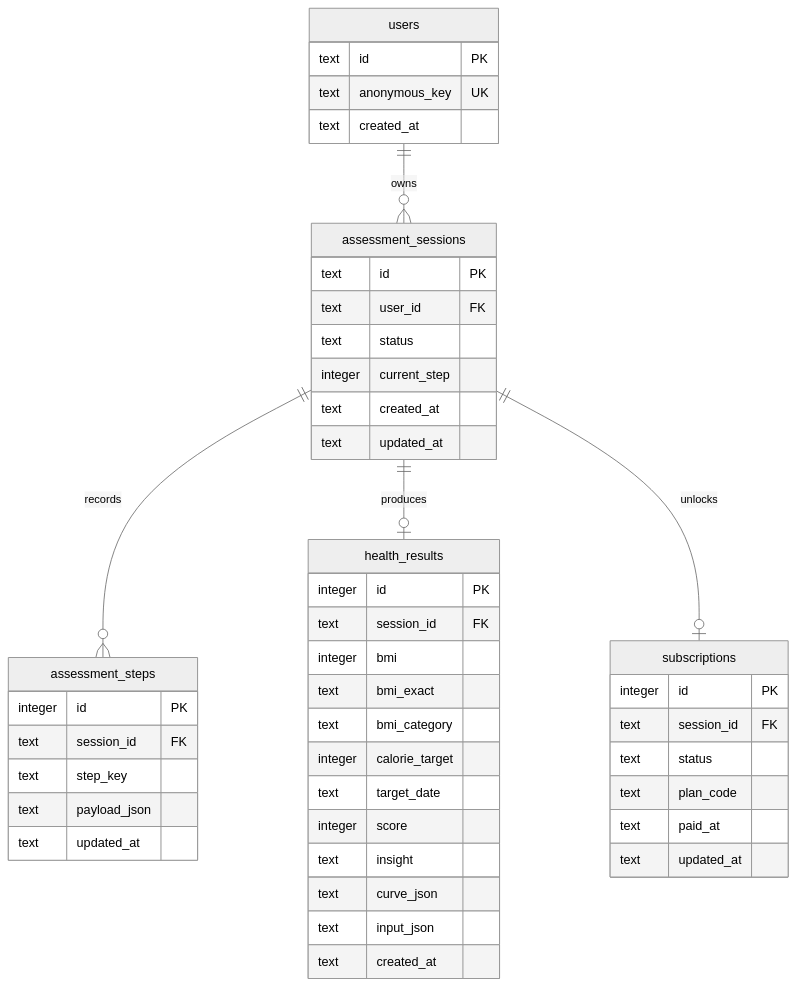
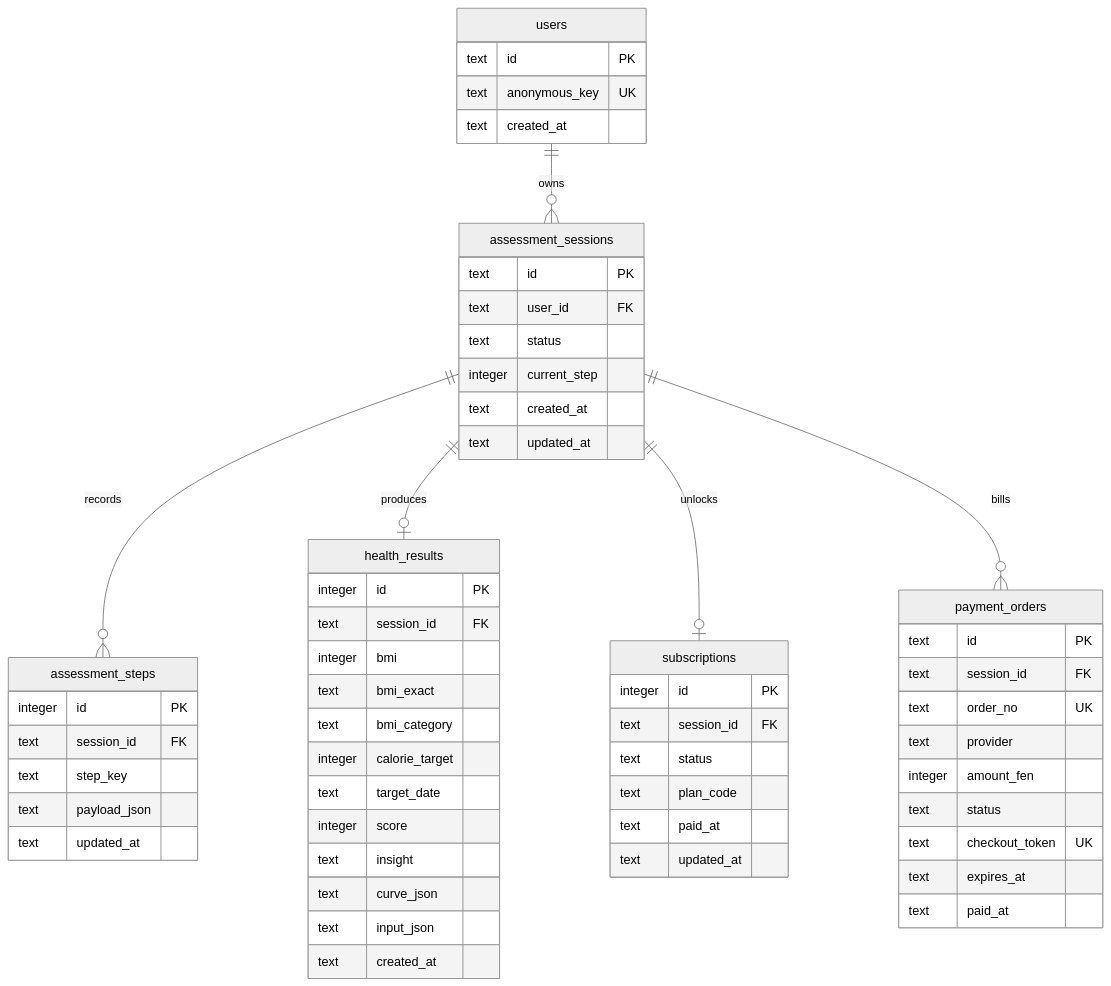
The diagram in README.md (HongKai-hskd/health-signal-map), drawn with Mermaid (neutral theme) before and after one commit. The commit also changed other lines of this file and 6 other files, not shown here.

````diff
--- a/README.md
+++ b/README.md
@@ -119,50 +128,62 @@
 ```mermaid
 erDiagram
   users ||--o{ assessment_sessions : owns
   assessment_sessions ||--o{ assessment_steps : records
   assessment_sessions ||--o| health_results : produces
   assessment_sessions ||--o| subscriptions : unlocks
+  assessment_sessions ||--o{ payment_orders : bills
 
   users {
     text id PK
     text anonymous_key UK
     text created_at
   }
   assessment_sessions {
     text id PK
     text user_id FK
     text status
     integer current_step
     text created_at
     text updated_at
   }
   assessment_steps {
     integer id PK
     text session_id FK
     text step_key
     text payload_json
     text updated_at
   }
   health_results {
     integer id PK
     text session_id FK
     integer bmi
     text bmi_exact
     text bmi_category
     integer calorie_target
     text target_date
     integer score
     text insight
     text curve_json
     text input_json
     text created_at
   }
   subscriptions {
     integer id PK
     text session_id FK
     text status
     text plan_code
     text paid_at
     text updated_at
   }
+  payment_orders {
+    text id PK
+    text session_id FK
+    text order_no UK
+    text provider
+    integer amount_fen
+    text status
+    text checkout_token UK
+    text expires_at
+    text paid_at
+  }
 ```
````
